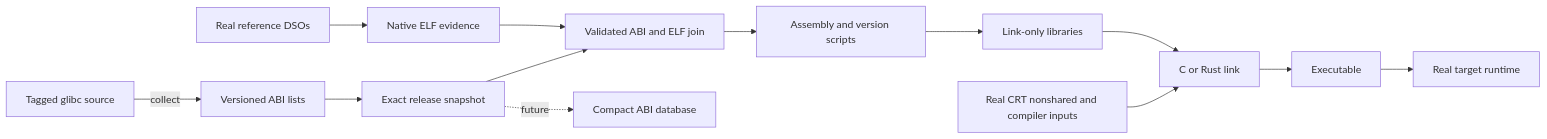
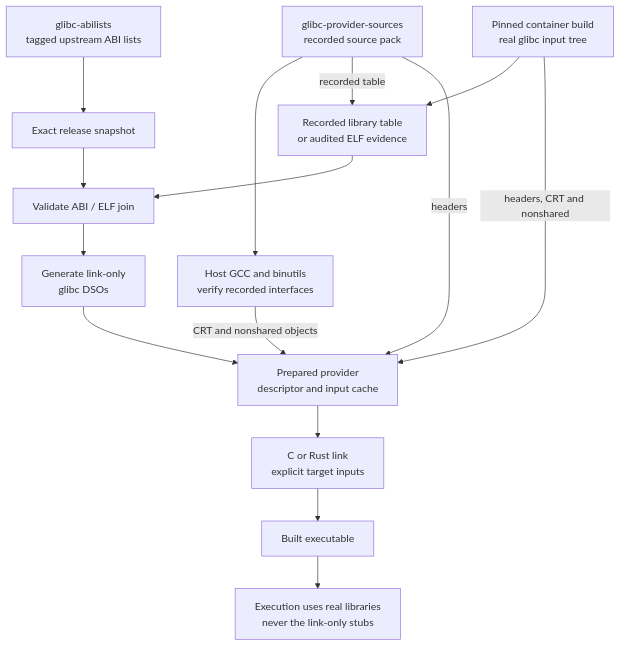
One commit to rustcommons/linux-abi-tools changed the second of 2 diagrams in docs/ARCHITECTURE.md. Above: the diagram before and after it, drawn with Mermaid. The commit also changed other lines of this file and 2 other files, not shown here.

Commit message:
Align architecture diagrams with implemented provider and workspace flows [skip ci]

````diff
--- a/docs/ARCHITECTURE.md
+++ b/docs/ARCHITECTURE.md
@@ -6,15 +42,17 @@
 ```mermaid
-flowchart LR
-    A[Tagged glibc source] -->|collect| B[Versioned ABI lists]
-    B --> C[Exact release snapshot]
-    D[Real reference DSOs] --> E[Native ELF evidence]
-    C --> F[Validated ABI and ELF join]
-    E --> F
-    F --> G[Assembly and version scripts]
-    G --> H[Link-only libraries]
-    I[Real CRT nonshared and compiler inputs] --> J[C or Rust link]
-    H --> J
-    J --> K[Executable]
-    K --> L[Real target runtime]
-    C -. future .-> M[Compact ABI database]
+flowchart TB
+    A["glibc-abilists<br/>tagged upstream ABI lists"] --> B["Exact release snapshot"]
+    P["glibc-provider-sources<br/>recorded source pack"] --> G["Host GCC and binutils<br/>verify recorded interfaces"]
+    Q["Pinned container build<br/>real glibc input tree"] --> E["Recorded library table<br/>or audited ELF evidence"]
+    P -->|recorded table| E
+    B --> J["Validate ABI / ELF join"]
+    E --> J
+    J --> D["Generate link-only<br/>glibc DSOs"]
+    D --> V["Prepared provider<br/>descriptor and input cache"]
+    G -->|CRT and nonshared objects| V
+    P -->|headers| V
+    Q -->|headers, CRT and nonshared| V
+    V --> F["C or Rust link<br/>explicit target inputs"]
+    F --> X["Built executable"]
+    X --> R["Execution uses real libraries<br/>never the link-only stubs"]
 ```
````
